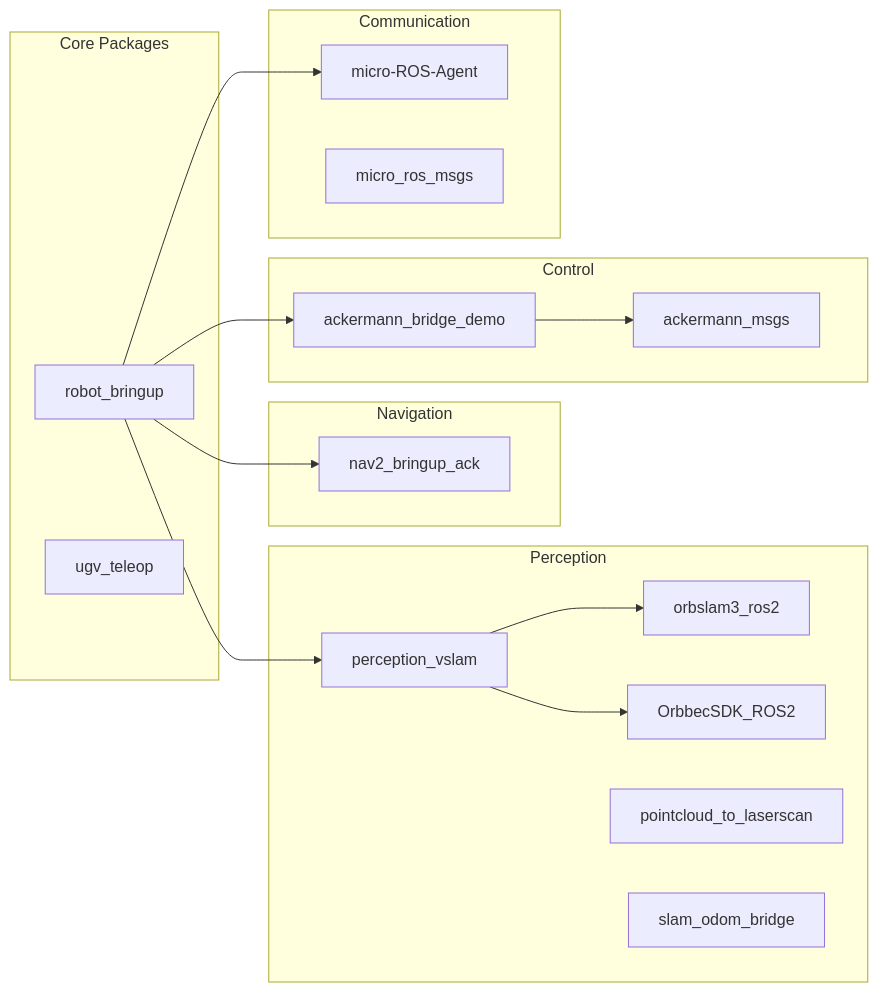
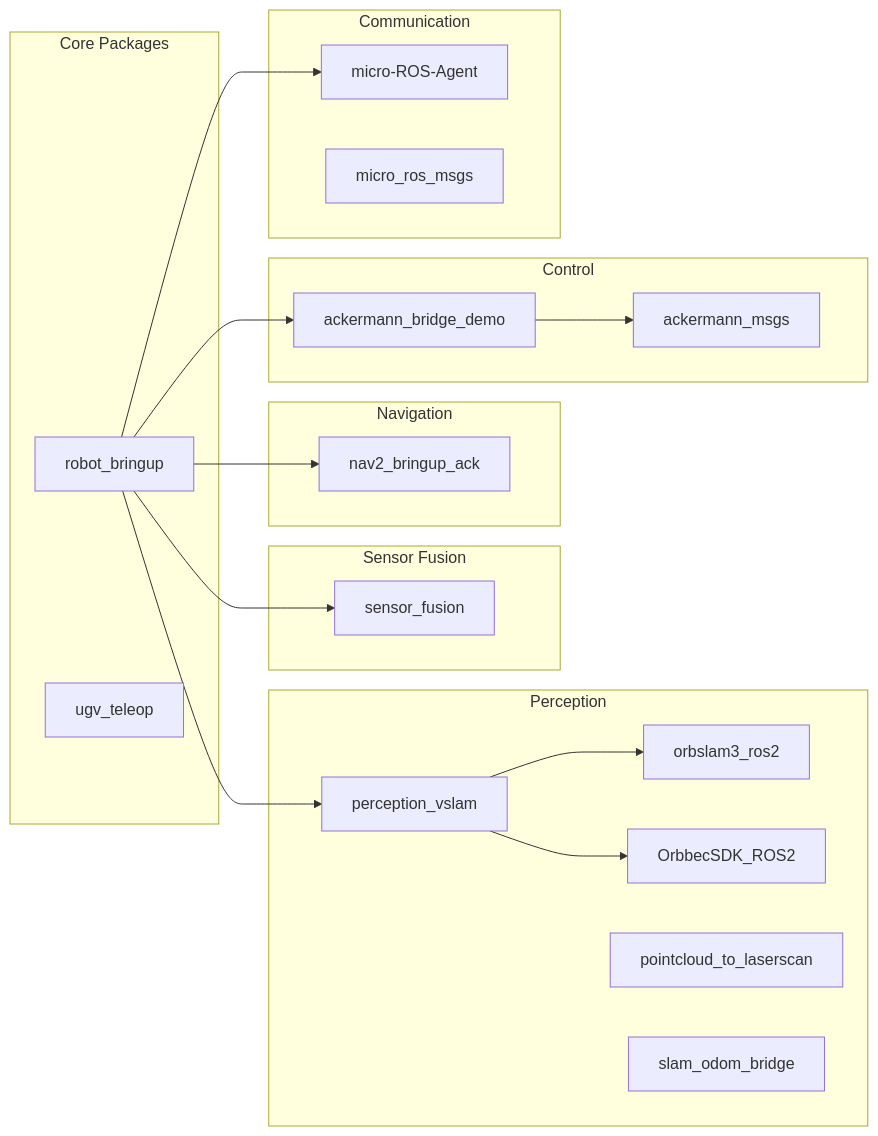
The third of 13 diagrams in SYSTEM_DOCUMENTATION.md (KashmeeraTT/Ackerman_UGV), drawn with Mermaid before and after one commit. The commit also changed other lines of this file and 11 other files, not shown here.

Commit message:
feat: Implement dynamic steering calibration, refactor controller architecture by removing old headers, and adjust firmware publishing rates.

````diff
--- a/SYSTEM_DOCUMENTATION.md
+++ b/SYSTEM_DOCUMENTATION.md
@@ -177,37 +180,42 @@
 ```mermaid
 graph LR
     subgraph Core[Core Packages]
         RB[robot_bringup]
         UT[ugv_teleop]
     end
     
     subgraph Perception[Perception]
         PV[perception_vslam]
         OS[orbslam3_ros2]
         OC[OrbbecSDK_ROS2]
         PL[pointcloud_to_laserscan]
         SB[slam_odom_bridge]
+    end
+    
+    subgraph Fusion[Sensor Fusion]
+        SF[sensor_fusion]
     end
     
     subgraph Nav[Navigation]
         NB[nav2_bringup_ack]
     end
     
     subgraph Ctrl[Control]
         AB[ackermann_bridge_demo]
         AM[ackermann_msgs]
     end
     
     subgraph Comm[Communication]
         MA[micro-ROS-Agent]
         MM[micro_ros_msgs]
     end
     
     RB --> PV
     RB --> NB
     RB --> AB
+    RB --> SF
     PV --> OS
     PV --> OC
     AB --> AM
     RB --> MA
 ```
````
